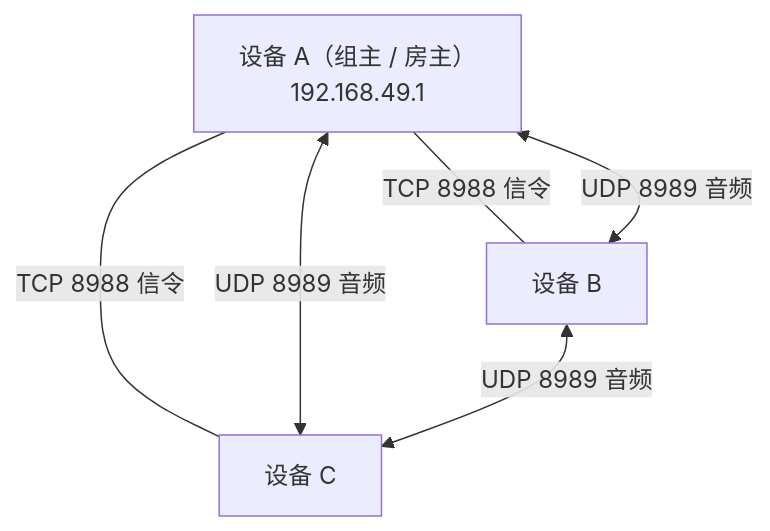
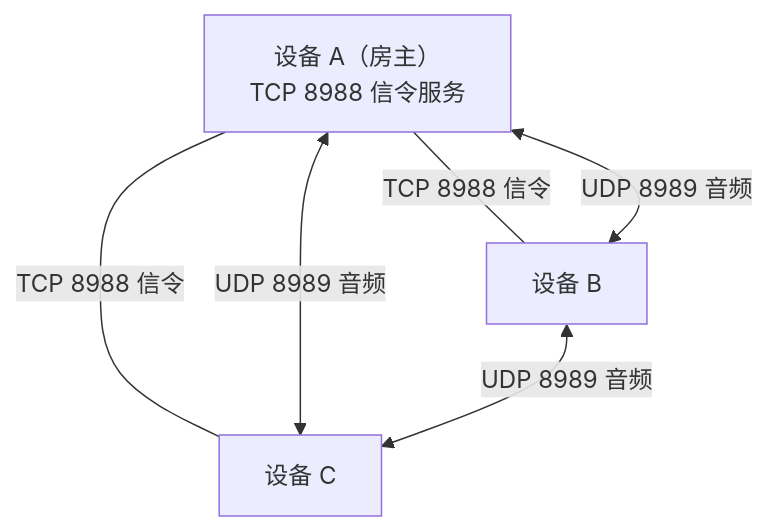
Before and after one commit to Starlordzz/sunsetripple: the first of 2 diagrams in docs/wiki/房间模式对比.md, drawn with Mermaid. The commit also changed other lines of this file and 6 other files, not shown here.

````diff
--- a/docs/wiki/房间模式对比.md
+++ b/docs/wiki/房间模式对比.md
@@ -25,12 +25,12 @@
 ```mermaid
 flowchart TD
-    GO["设备 A（组主 / 房主）<br/>192.168.49.1"]
+    GO["设备 A（房主）<br/>TCP 8988 信令服务"]
     B["设备 B"]
     C["设备 C"]
 
     GO ---|"TCP 8988 信令"| B
     GO ---|"TCP 8988 信令"| C
     GO <-->|"UDP 8989 音频"| B
     GO <-->|"UDP 8989 音频"| C
     B <-->|"UDP 8989 音频"| C
 ```
````
